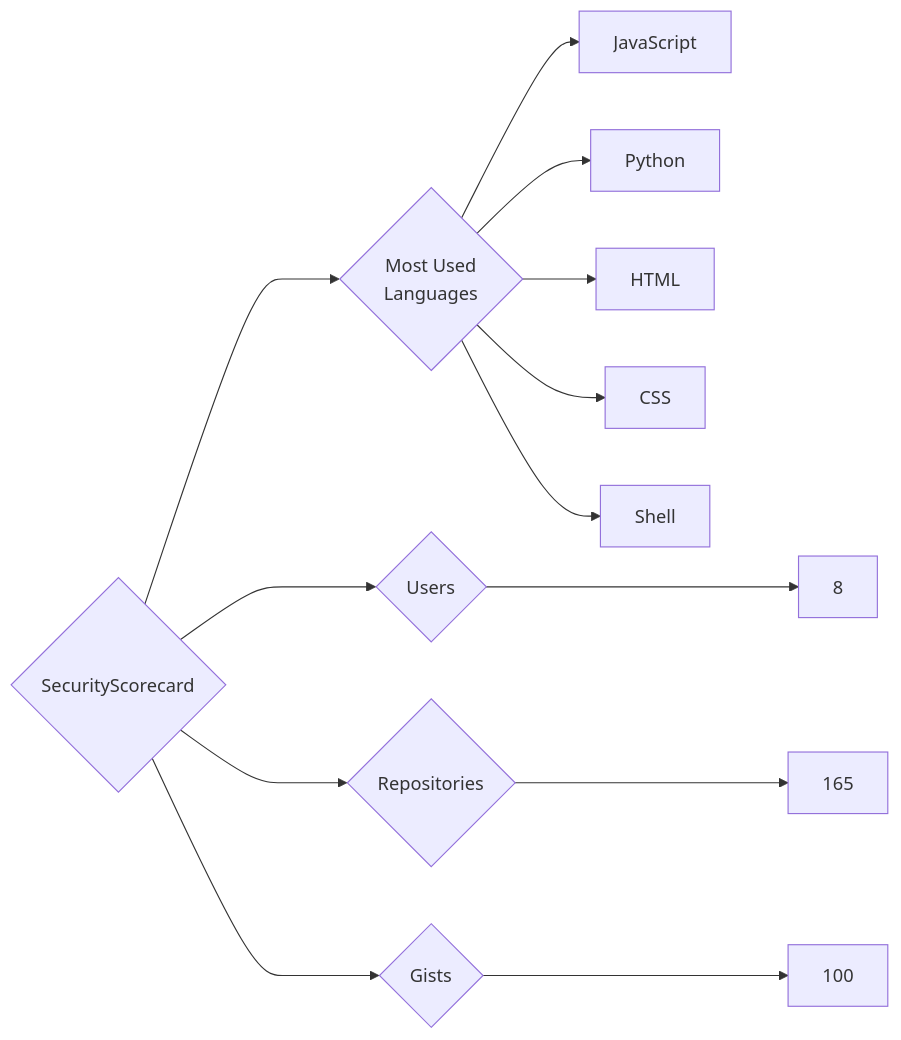
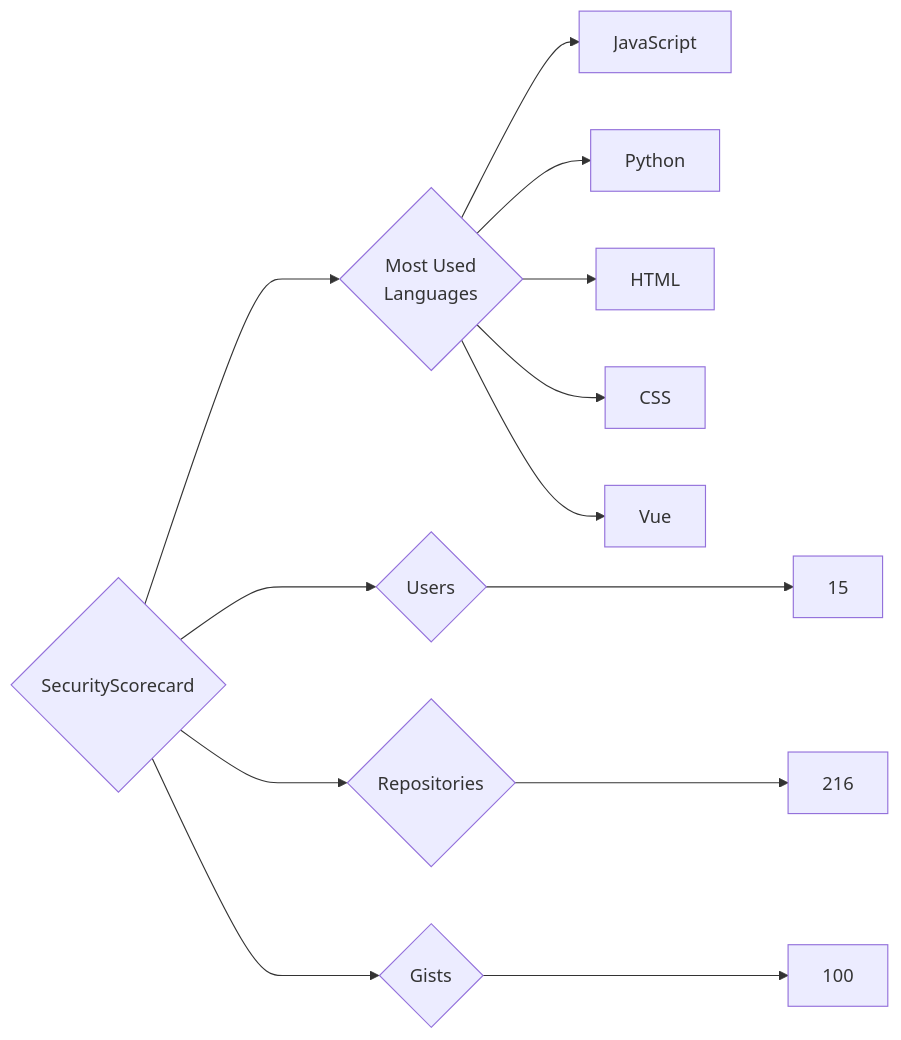
One commit to trickest/insiders changed the diagram in targets/SecurityScorecard/README.md. Above: the diagram before and after it, drawn with Mermaid. The commit also changed 770 other files, not shown here.

````diff
--- a/targets/SecurityScorecard/README.md
+++ b/targets/SecurityScorecard/README.md
@@ -3,13 +3,13 @@
 ```mermaid
 graph LR
 COMPANY_NAME{SecurityScorecard}
-COMPANY_NAME ---> U{Users} ---> UN[8]
-COMPANY_NAME ---> R{Repositories} ---> RN[165]
+COMPANY_NAME ---> U{Users} ---> UN[15]
+COMPANY_NAME ---> R{Repositories} ---> RN[216]
 COMPANY_NAME ---> G{Gists} ---> GN[100]
 COMPANY_NAME ---> ML{Most Used<br>Languages}
 ML --> JavaScript[JavaScript]
 ML --> Python[Python]
 ML --> HTML[HTML]
 ML --> CSS[CSS]
-ML --> Shell[Shell]
+ML --> Vue[Vue]
 ```
````
